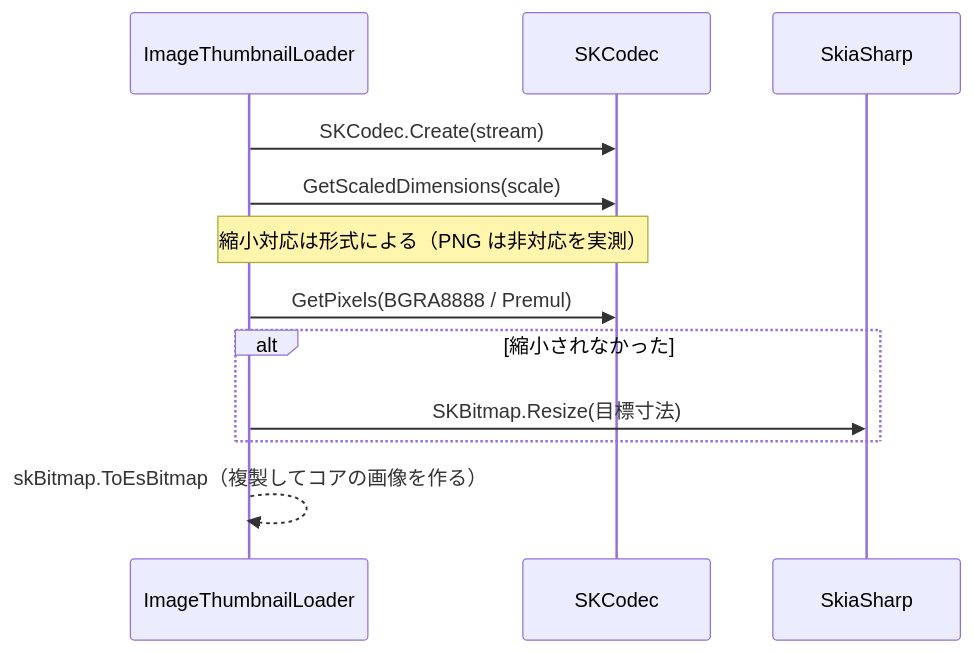
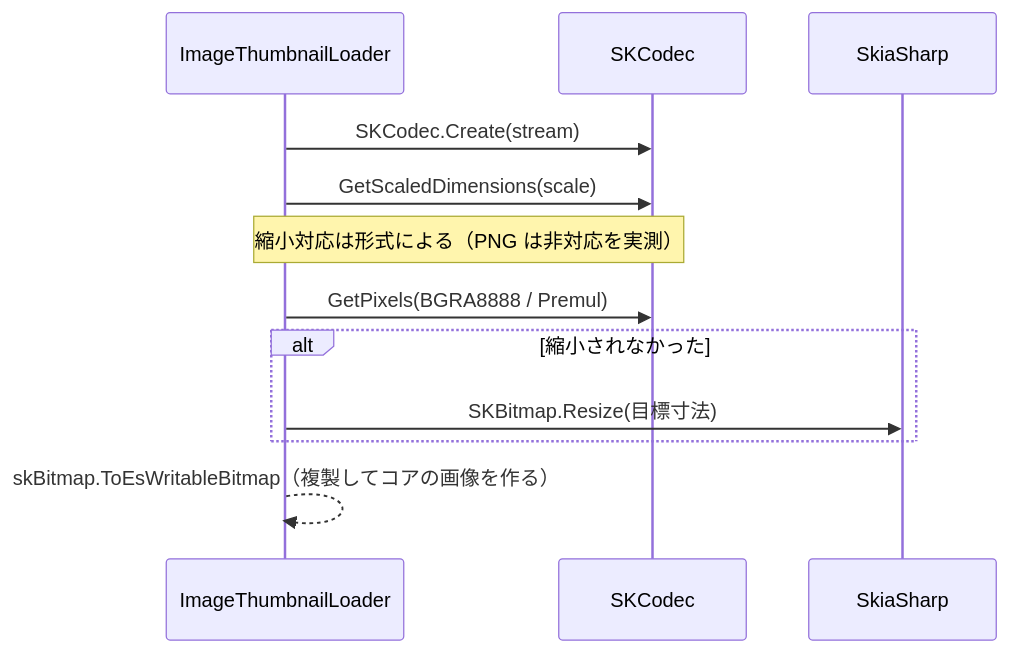
One commit to tomokuni/SaveEvidence changed the sixth of 12 diagrams in src/App.MewUI/docs/SPEC_System.md. Above: the diagram before and after it, drawn with Mermaid. The commit also changed 24 other files, not shown here.

First line of the commit message:
戻り値と名前が食い違う ToEsBitmap を ToEsWritableBitmap へ改名し、Windows 標準コーデックを実測する

````diff
--- a/src/App.MewUI/docs/SPEC_System.md
+++ b/src/App.MewUI/docs/SPEC_System.md
@@ -445,15 +445,15 @@
 ```mermaid
 sequenceDiagram
     participant IL as ImageThumbnailLoader
     participant CO as SKCodec
     participant SK as SkiaSharp
 
     IL->>CO: SKCodec.Create(stream)
     IL->>CO: GetScaledDimensions(scale)
     Note over IL,CO: 縮小対応は形式による（PNG は非対応を実測）
     IL->>CO: GetPixels(BGRA8888 / Premul)
     alt 縮小されなかった
         IL->>SK: SKBitmap.Resize(目標寸法)
     end
-    IL-->>IL: skBitmap.ToEsBitmap（複製してコアの画像を作る）
+    IL-->>IL: skBitmap.ToEsWritableBitmap（複製してコアの画像を作る）
 ```
````
